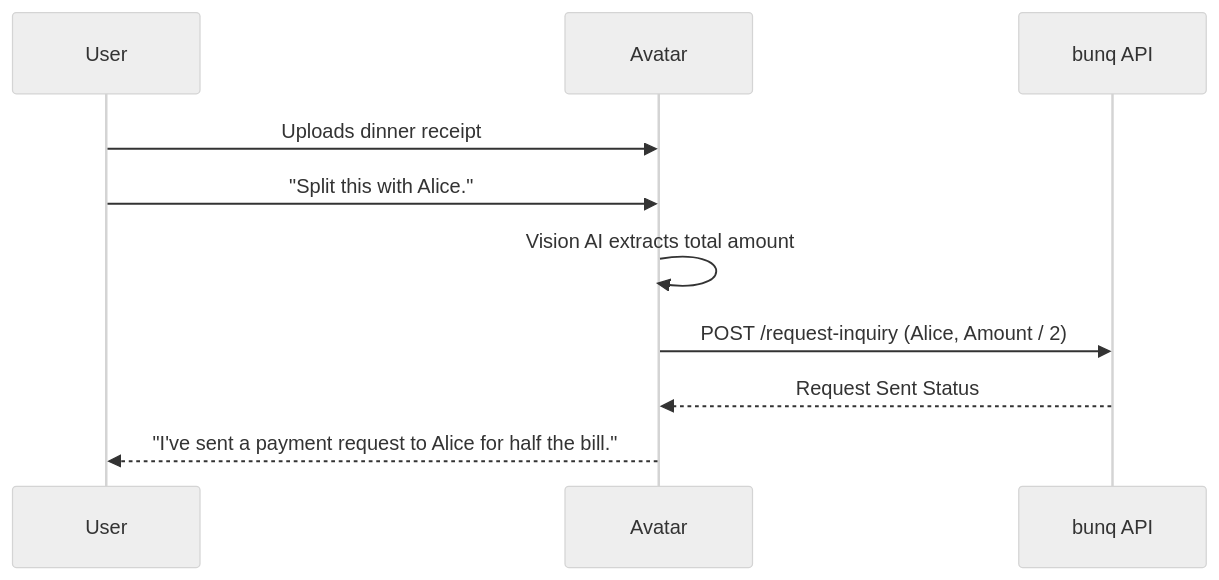
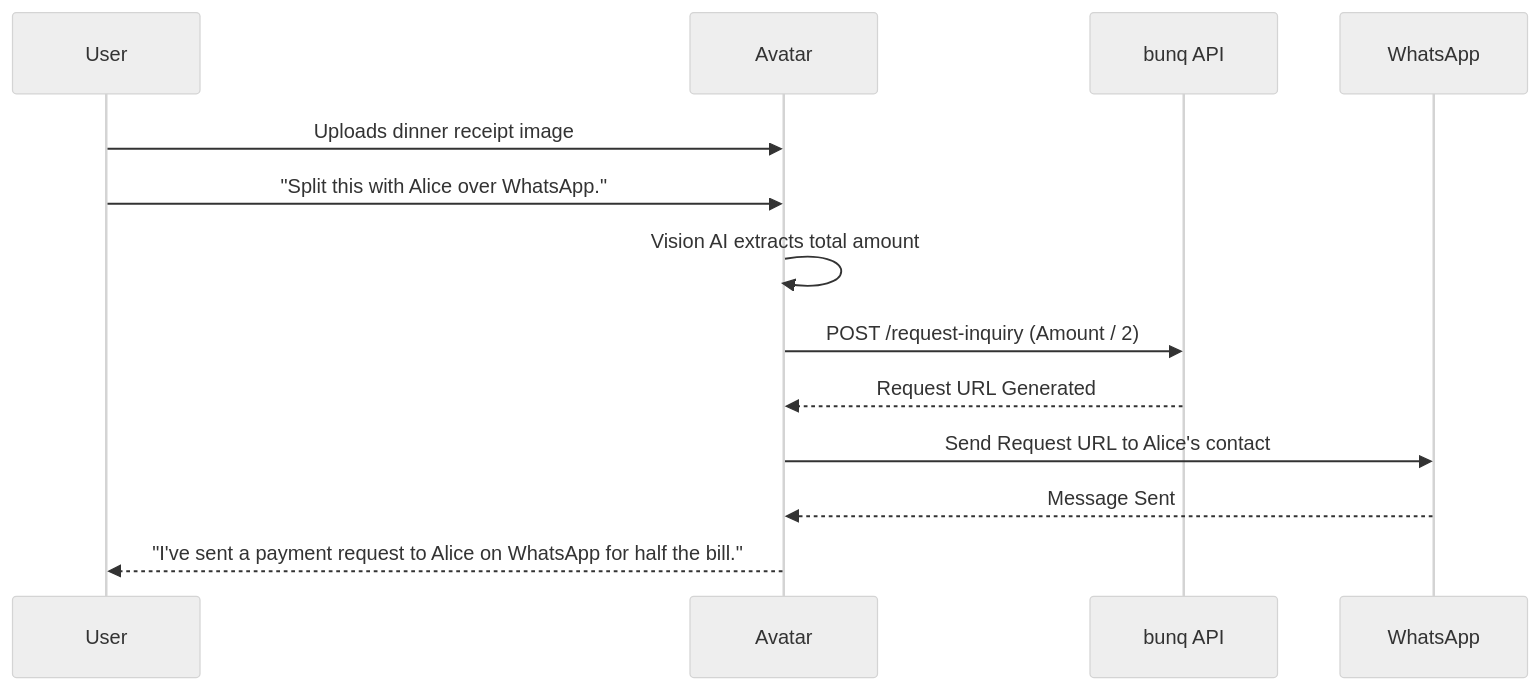
Before and after one commit to KunalNar/Bunq_Hackathon: the third of 4 diagrams in README.md, drawn with Mermaid (neutral theme). The commit also changed other lines of this file, not shown here.

Commit message:
docs: rename project to GuardianAI and expand feature roadmap and architecture documentation

````diff
--- a/README.md
+++ b/README.md
@@ -67,13 +97,16 @@
 ```mermaid
 sequenceDiagram
     participant User
     participant Avatar
     participant bunq API
+    participant WhatsApp
     
-    User->>Avatar: Uploads dinner receipt
-    User->>Avatar: "Split this with Alice."
+    User->>Avatar: Uploads dinner receipt image
+    User->>Avatar: "Split this with Alice over WhatsApp."
     Avatar->>Avatar: Vision AI extracts total amount
-    Avatar->>bunq API: POST /request-inquiry (Alice, Amount / 2)
-    bunq API-->>Avatar: Request Sent Status
-    Avatar-->>User: "I've sent a payment request to Alice for half the bill."
+    Avatar->>bunq API: POST /request-inquiry (Amount / 2)
+    bunq API-->>Avatar: Request URL Generated
+    Avatar->>WhatsApp: Send Request URL to Alice's contact
+    WhatsApp-->>Avatar: Message Sent
+    Avatar-->>User: "I've sent a payment request to Alice on WhatsApp for half the bill."
 ```
````
